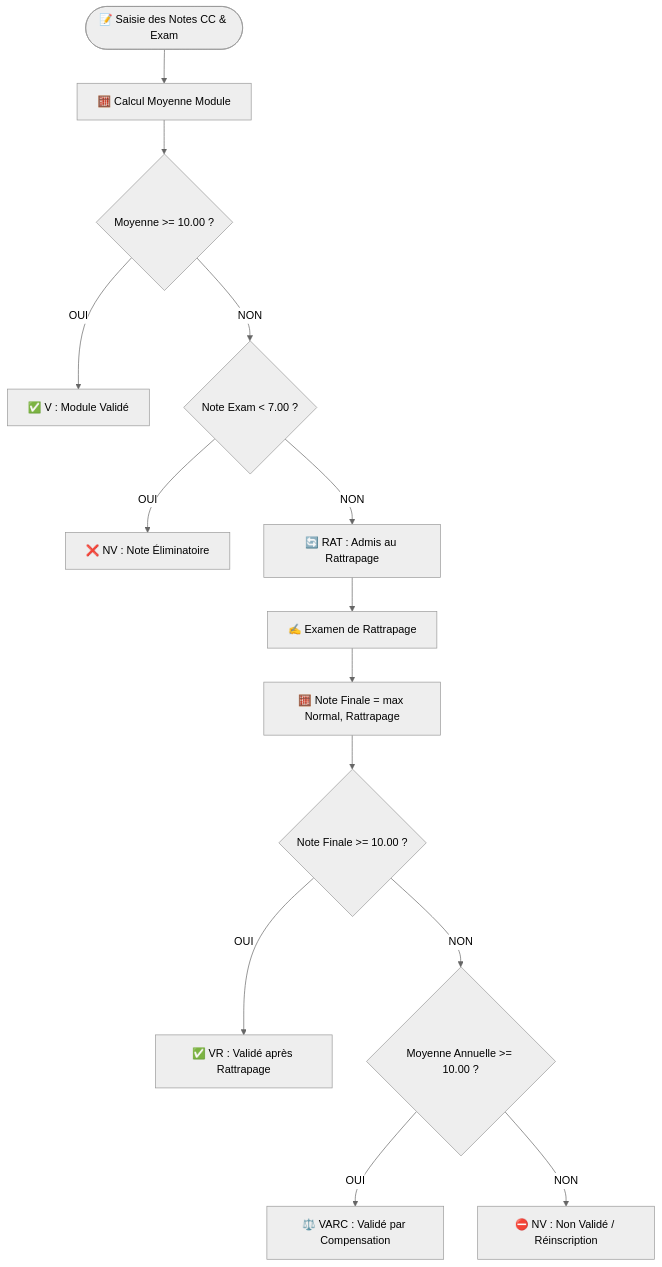
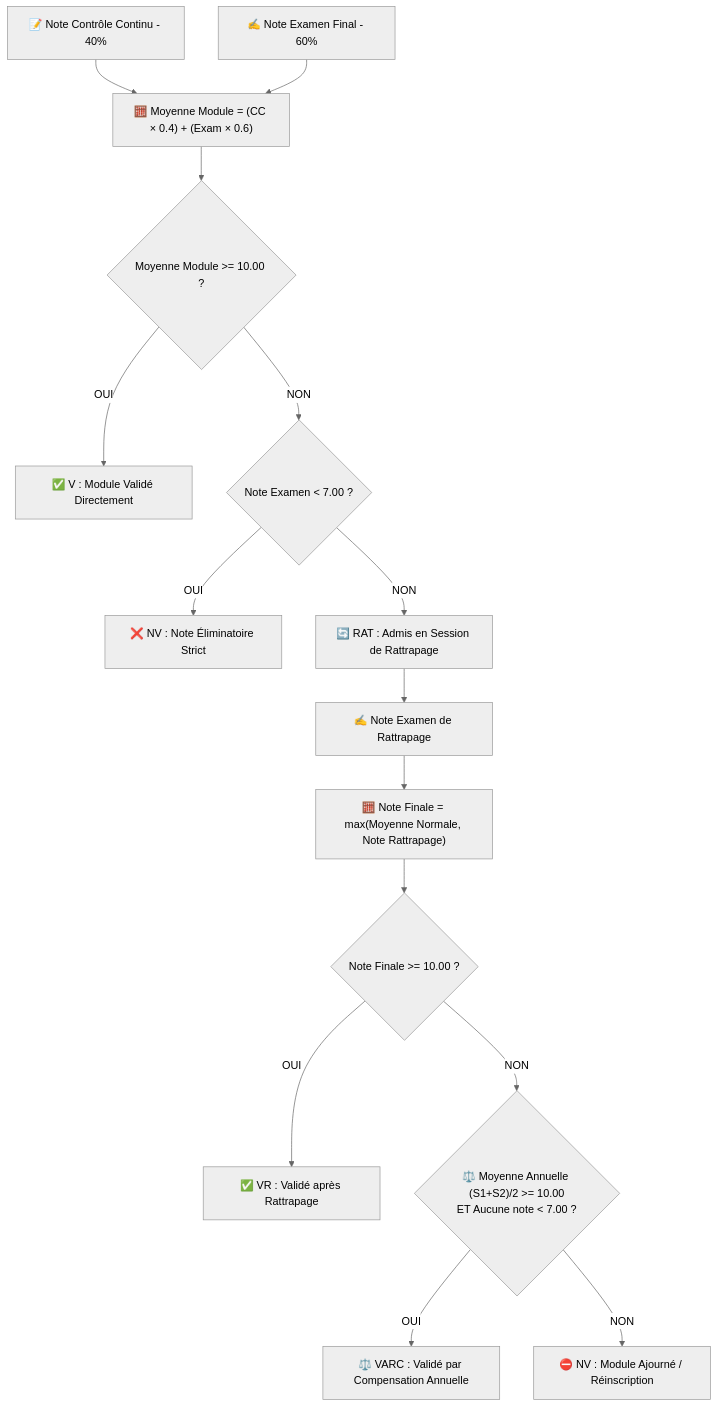
The third of 7 diagrams in README.md (radouane99/ENCG-ERP), drawn with Mermaid (neutral theme) before and after one commit. The commit also changed other lines of this file, not shown here.

Commit message:
docs: create mega-detailed enterprise README with 6 mermaid diagrams, full RBAC matrix, 14 module deep dives, and QA testing tables

````diff
--- a/README.md
+++ b/README.md
@@ -142,21 +195,22 @@
 ```mermaid
 flowchart TD
-    Start([📝 Saisie des Notes CC & Exam]) --> Calc[🧮 Calcul Moyenne Module]
-    Calc --> CheckPassed{Moyenne >= 10.00 ?}
+    CC[📝 Note Contrôle Continu - 40%] & Exam[✍️ Note Examen Final - 60%] --> ModScore["🧮 Moyenne Module = (CC × 0.4) + (Exam × 0.6)"]
     
-    CheckPassed -- OUI --> Valide[✅ V : Module Validé]
-    CheckPassed -- NON --> CheckElim{Note Exam < 7.00 ?}
+    ModScore --> Eval1{Moyenne Module >= 10.00 ?}
     
-    CheckElim -- OUI --> Eliminatoire[❌ NV : Note Éliminatoire]
-    CheckElim -- NON --> Rattrapage[🔄 RAT : Admis au Rattrapage]
+    Eval1 -- OUI --> V[✅ V : Module Validé Directement]
+    Eval1 -- NON --> Eval2{Note Examen < 7.00 ?}
     
-    Rattrapage --> ExamRat[✍️ Examen de Rattrapage]
-    ExamRat --> MaxFormula[🧮 Note Finale = max Normal, Rattrapage]
-    MaxFormula --> CheckPostRat{Note Finale >= 10.00 ?}
+    Eval2 -- OUI --> NV[❌ NV : Note Éliminatoire Strict]
+    Eval2 -- NON --> RAT[🔄 RAT : Admis en Session de Rattrapage]
     
-    CheckPostRat -- OUI --> ValideRat[✅ VR : Validé après Rattrapage]
-    CheckPostRat -- NON --> Compensation{Moyenne Annuelle >= 10.00 ?}
+    RAT --> RetakeScore[✍️ Note Examen de Rattrapage]
+    RetakeScore --> MaxForm["🧮 Note Finale = max(Moyenne Normale, Note Rattrapage)"]
     
-    Compensation -- OUI --> Varc[⚖️ VARC : Validé par Compensation]
-    Compensation -- NON --> Ajourne[⛔ NV : Non Validé / Réinscription]
+    MaxForm --> Eval3{Note Finale >= 10.00 ?}
+    Eval3 -- OUI --> VR[✅ VR : Validé après Rattrapage]
+    Eval3 -- NON --> AnnualComp{"⚖️ Moyenne Annuelle (S1+S2)/2 >= 10.00\nET Aucune note < 7.00 ?"}
+    
+    AnnualComp -- OUI --> VARC[⚖️ VARC : Validé par Compensation Annuelle]
+    AnnualComp -- NON --> Ajourne[⛔ NV : Module Ajourné / Réinscription]
 ```
````
